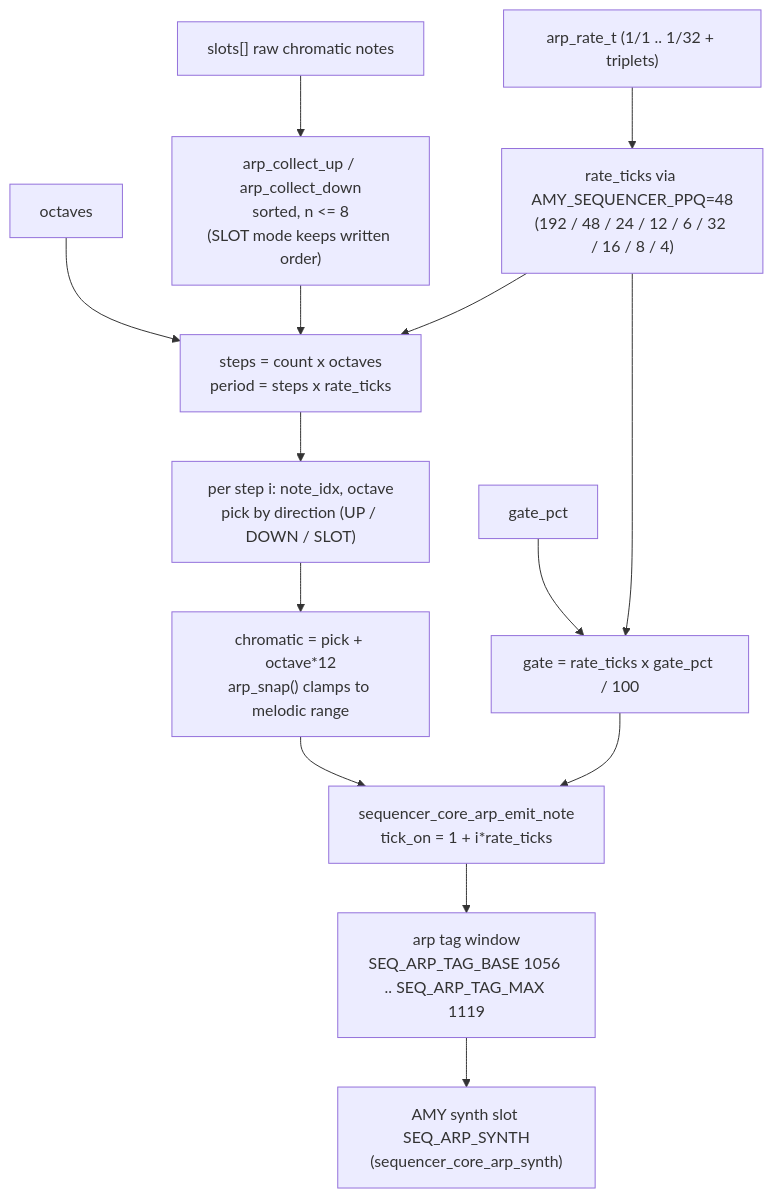
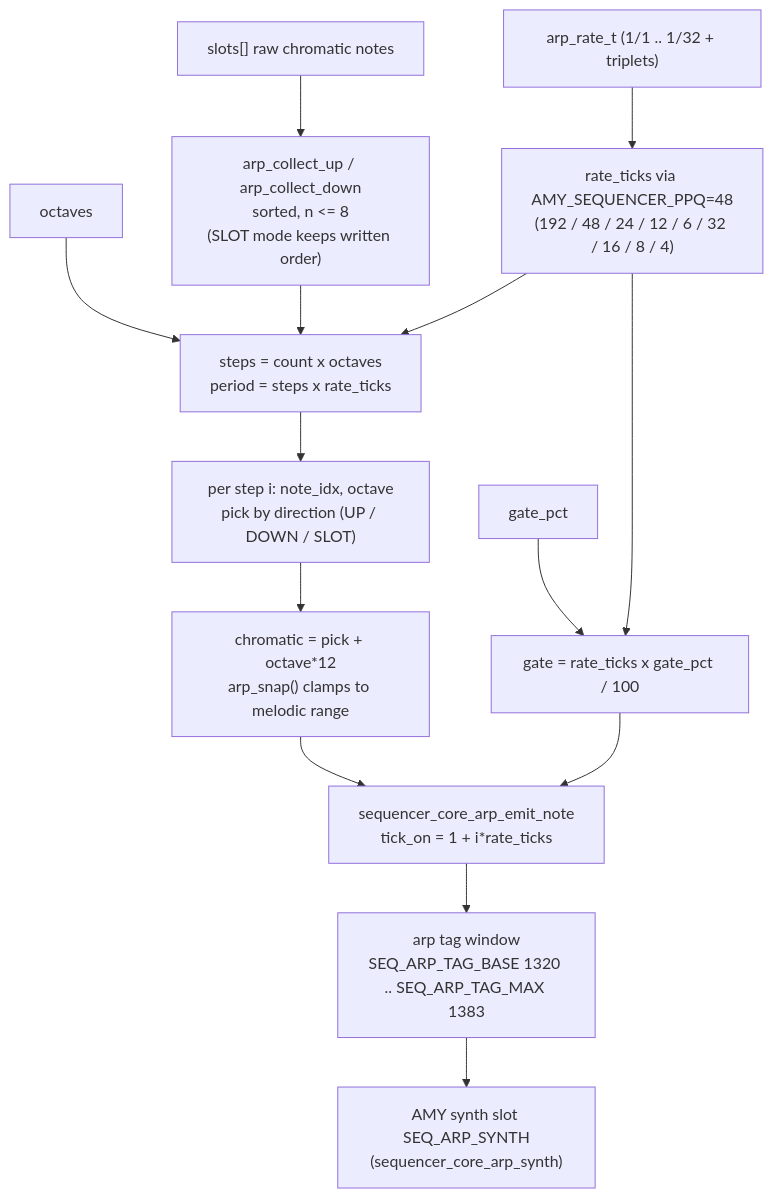
One commit to rt-rtos/S3-Amysynth changed the second of 3 diagrams in components/synth_core/ARP-ARCHITECTURE.md. Above: the diagram before and after it, drawn with Mermaid. The commit also changed other lines of this file and 30 other files, not shown here.

First line of the commit message:
Sequencer: layers with a fifth row

````diff
--- a/components/synth_core/ARP-ARCHITECTURE.md
+++ b/components/synth_core/ARP-ARCHITECTURE.md
@@ -66,16 +66,16 @@
 ```mermaid
 flowchart TD
     RATE["arp_rate_t (1/1 .. 1/32 + triplets)"] --> TICKS["rate_ticks via AMY_SEQUENCER_PPQ=48\n(192 / 48 / 24 / 12 / 6 / 32 / 16 / 8 / 4)"]
     SLOTS["slots[] raw chromatic notes"] --> SORT["arp_collect_up / arp_collect_down\nsorted, n <= 8\n(SLOT mode keeps written order)"]
     OCT["octaves"] --> STEPS
     SORT --> STEPS["steps = count x octaves\nperiod = steps x rate_ticks"]
     GATEPCT["gate_pct"] --> GATE["gate = rate_ticks x gate_pct / 100"]
     TICKS --> STEPS
     TICKS --> GATE
     STEPS --> PICK["per step i: note_idx, octave\npick by direction (UP / DOWN / SLOT)"]
     PICK --> SNAP["chromatic = pick + octave*12\narp_snap() clamps to melodic range"]
     SNAP --> EMIT["sequencer_core_arp_emit_note\ntick_on = 1 + i*rate_ticks"]
     GATE --> EMIT
-    EMIT --> TAGWIN["arp tag window\nSEQ_ARP_TAG_BASE 1056 .. SEQ_ARP_TAG_MAX 1119"]
+    EMIT --> TAGWIN["arp tag window\nSEQ_ARP_TAG_BASE 1320 .. SEQ_ARP_TAG_MAX 1383"]
     TAGWIN --> SYNTH["AMY synth slot SEQ_ARP_SYNTH\n(sequencer_core_arp_synth)"]
 ```
````
